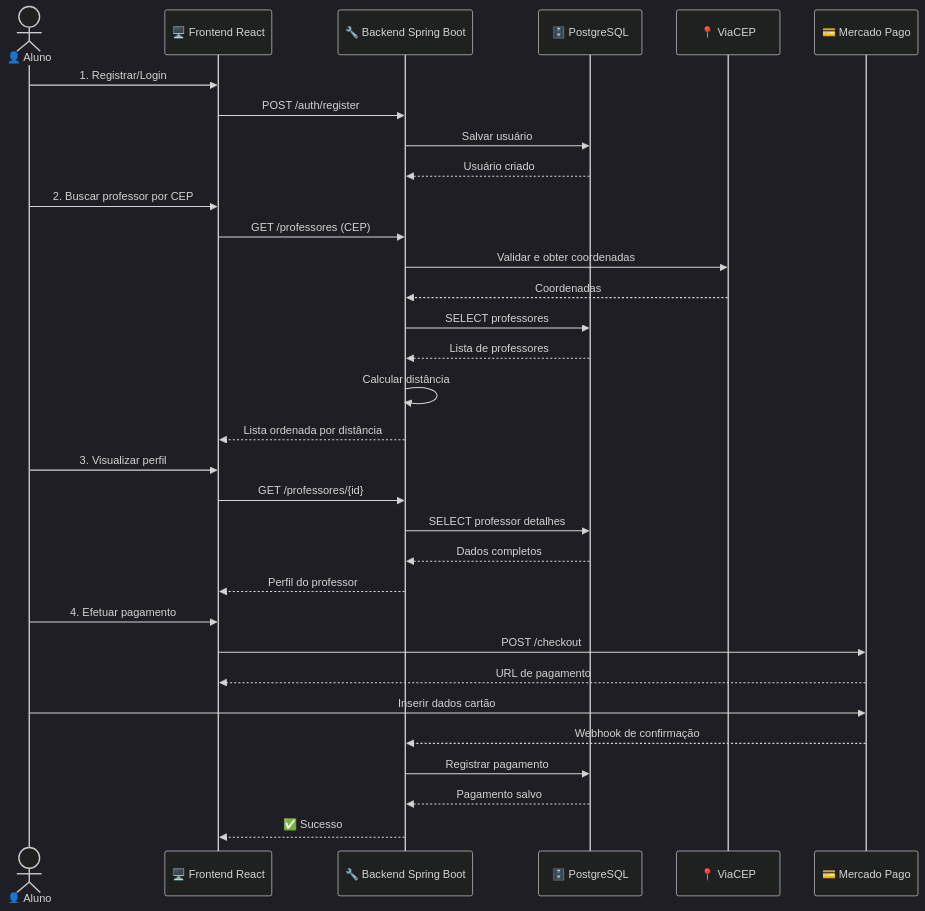
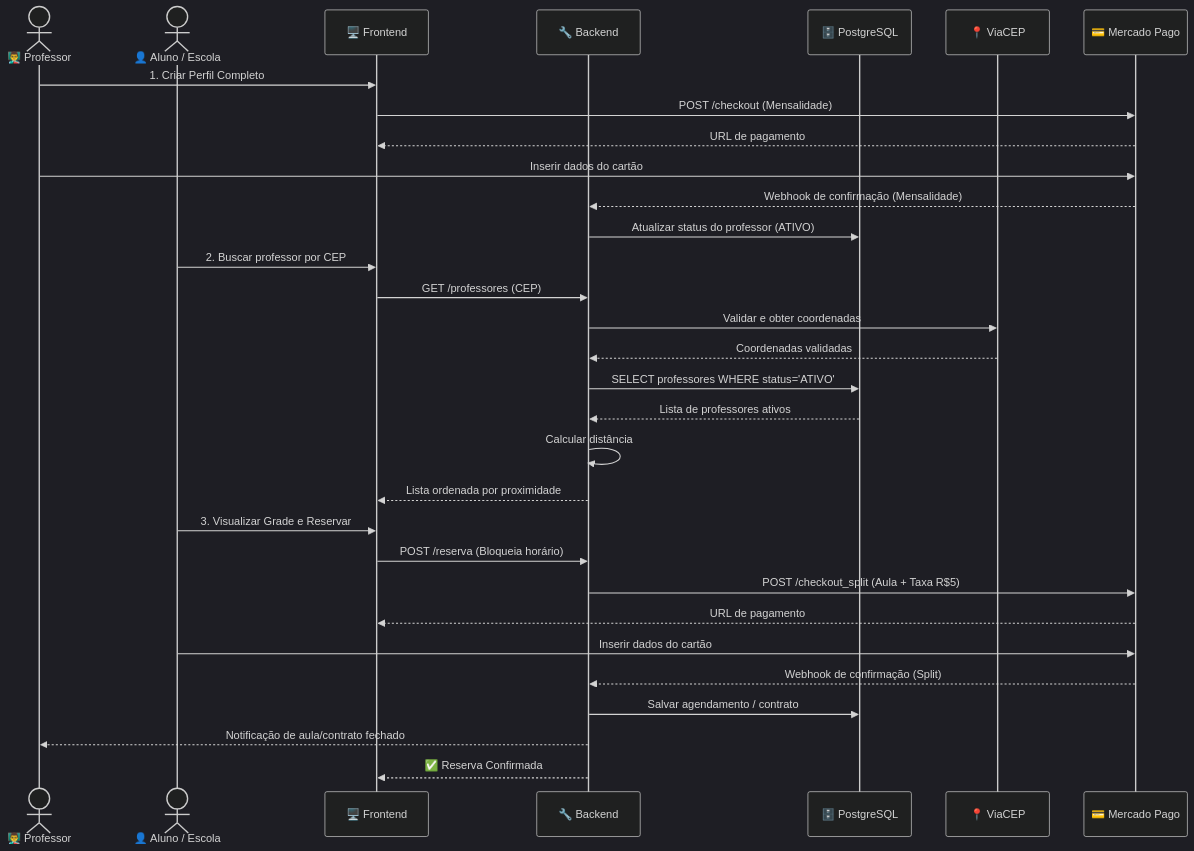
The eighth of 10 diagrams in BPMN_DIAGRAM.md (VictorHCSampaio/ConectaPro), drawn with Mermaid (dark theme) before and after one commit. The commit also changed other lines of this file, not shown here.

Commit message:
docs: atualiza diagrama BPMN com raias e matriz RACI final

````diff
--- a/BPMN_DIAGRAM.md
+++ b/BPMN_DIAGRAM.md
@@ -164,38 +359,39 @@
 ```mermaid
 sequenceDiagram
-    actor Student as 👤 Aluno
-    participant Frontend as 🖥️ Frontend React
-    participant Backend as 🔧 Backend Spring Boot
+    actor Teacher as 👨‍🏫 Professor
+    actor Client as 👤 Aluno / Escola
+    participant Frontend as 🖥️ Frontend
+    participant Backend as 🔧 Backend
     participant Database as 🗄️ PostgreSQL
     participant ViaCEP as 📍 ViaCEP
     participant MercadoPago as 💳 Mercado Pago
-    
-    Student->>Frontend: 1. Registrar/Login
-    Frontend->>Backend: POST /auth/register
-    Backend->>Database: Salvar usuário
-    Database-->>Backend: Usuário criado
-    
-    Student->>Frontend: 2. Buscar professor por CEP
+
+    %% Fluxo 1: Assinatura do Professor
+    Teacher->>Frontend: 1. Criar Perfil Completo
+    Frontend->>MercadoPago: POST /checkout (Mensalidade)
+    MercadoPago-->>Frontend: URL de pagamento
+    Teacher->>MercadoPago: Inserir dados do cartão
+    MercadoPago-->>Backend: Webhook de confirmação (Mensalidade)
+    Backend->>Database: Atualizar status do professor (ATIVO)
+
+    %% Fluxo 2: Busca e Validação
+    Client->>Frontend: 2. Buscar professor por CEP
     Frontend->>Backend: GET /professores (CEP)
     Backend->>ViaCEP: Validar e obter coordenadas
-    ViaCEP-->>Backend: Coordenadas
-    Backend->>Database: SELECT professores
-    Database-->>Backend: Lista de professores
+    ViaCEP-->>Backend: Coordenadas validadas
+    Backend->>Database: SELECT professores WHERE status='ATIVO'
+    Database-->>Backend: Lista de professores ativos
     Backend->>Backend: Calcular distância
-    Backend-->>Frontend: Lista ordenada por distância
-    
-    Student->>Frontend: 3. Visualizar perfil
-    Frontend->>Backend: GET /professores/{id}
-    Backend->>Database: SELECT professor detalhes
-    Database-->>Backend: Dados completos
-    Backend-->>Frontend: Perfil do professor
-    
-    Student->>Frontend: 4. Efetuar pagamento
-    Frontend->>MercadoPago: POST /checkout
+    Backend-->>Frontend: Lista ordenada por proximidade
+
+    %% Fluxo 3: Reserva e Pagamento (Split)
+    Client->>Frontend: 3. Visualizar Grade e Reservar
+    Frontend->>Backend: POST /reserva (Bloqueia horário)
+    Backend->>MercadoPago: POST /checkout_split (Aula + Taxa R$5)
     MercadoPago-->>Frontend: URL de pagamento
-    Student->>MercadoPago: Inserir dados cartão
-    MercadoPago-->>Backend: Webhook de confirmação
-    Backend->>Database: Registrar pagamento
-    Database-->>Backend: Pagamento salvo
-    Backend-->>Frontend: ✅ Sucesso
+    Client->>MercadoPago: Inserir dados do cartão
+    MercadoPago-->>Backend: Webhook de confirmação (Split)
+    Backend->>Database: Salvar agendamento / contrato
+    Backend-->>Teacher: Notificação de aula/contrato fechado
+    Backend-->>Frontend: ✅ Reserva Confirmada
 ```
````
